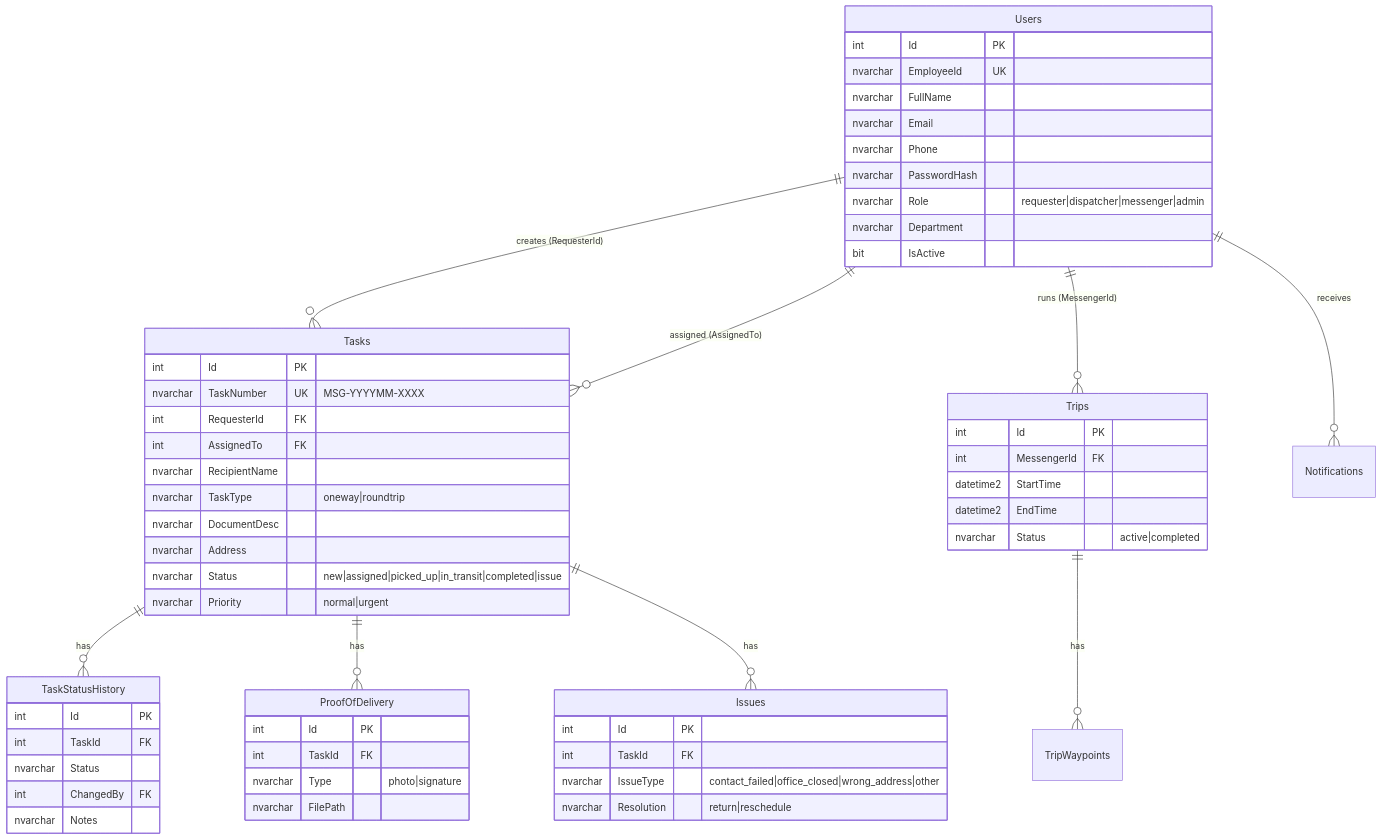
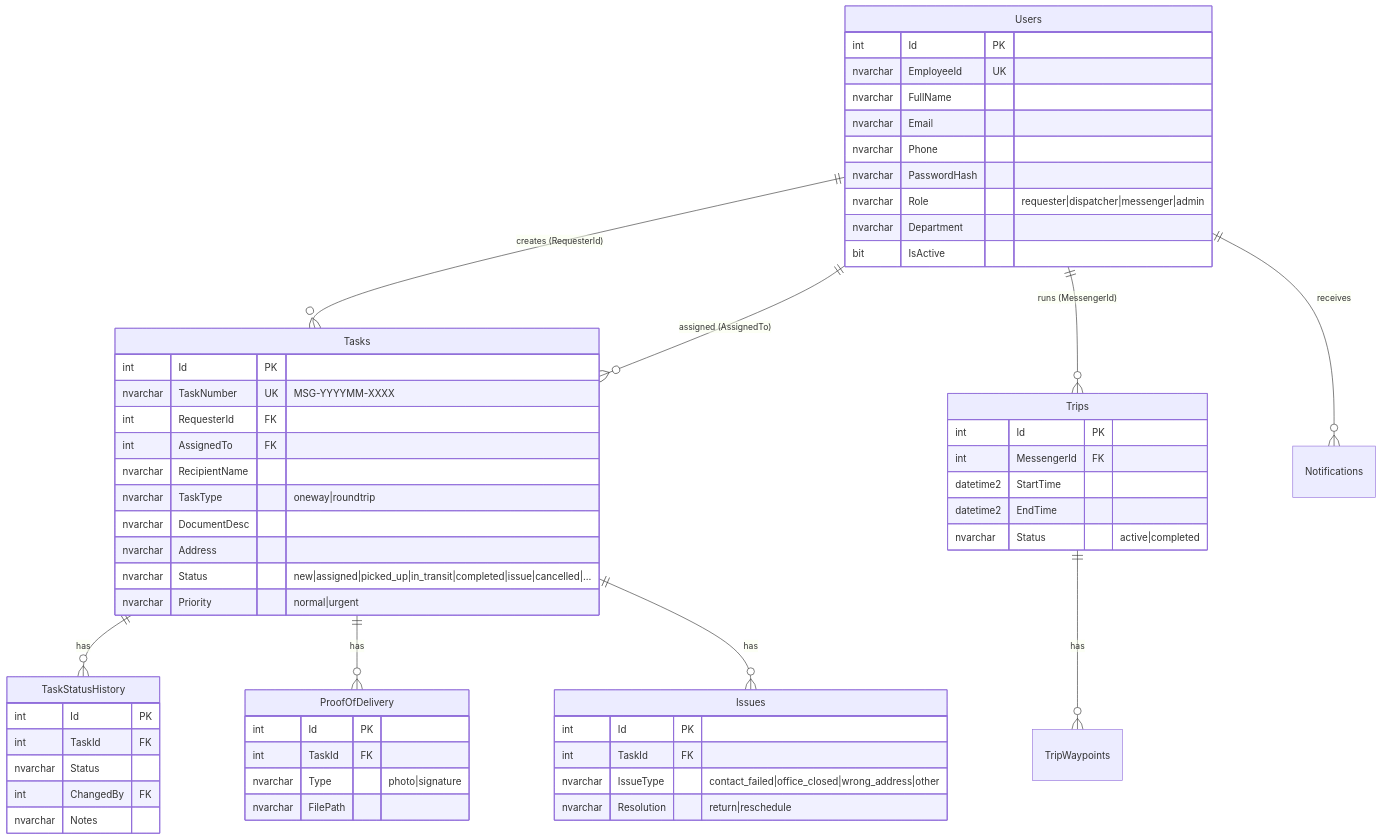
Before and after one commit to iEel/messenger: the diagram in DEVELOPER_HANDOFF.md, drawn with Mermaid. The commit also changed other lines of this file, not shown here.

````diff
--- a/DEVELOPER_HANDOFF.md
+++ b/DEVELOPER_HANDOFF.md
@@ -152,66 +159,66 @@
 ```mermaid
 erDiagram
     Users ||--o{ Tasks : "creates (RequesterId)"
     Users ||--o{ Tasks : "assigned (AssignedTo)"
     Users ||--o{ Trips : "runs (MessengerId)"
     Tasks ||--o{ TaskStatusHistory : has
     Tasks ||--o{ ProofOfDelivery : has
     Tasks ||--o{ Issues : has
     Trips ||--o{ TripWaypoints : has
     Users ||--o{ Notifications : receives
 
     Users {
         int Id PK
         nvarchar EmployeeId UK
         nvarchar FullName
         nvarchar Email
         nvarchar Phone
         nvarchar PasswordHash
         nvarchar Role "requester|dispatcher|messenger|admin"
         nvarchar Department
         bit IsActive
     }
 
     Tasks {
         int Id PK
         nvarchar TaskNumber UK "MSG-YYYYMM-XXXX"
         int RequesterId FK
         int AssignedTo FK
         nvarchar RecipientName
         nvarchar TaskType "oneway|roundtrip"
         nvarchar DocumentDesc
         nvarchar Address
-        nvarchar Status "new|assigned|picked_up|in_transit|completed|issue"
+        nvarchar Status "new|assigned|picked_up|in_transit|completed|issue|cancelled|..."
         nvarchar Priority "normal|urgent"
     }
 
     TaskStatusHistory {
         int Id PK
         int TaskId FK
         nvarchar Status
         int ChangedBy FK
         nvarchar Notes
     }
 
     ProofOfDelivery {
         int Id PK
         int TaskId FK
         nvarchar Type "photo|signature"
         nvarchar FilePath
     }
 
     Trips {
         int Id PK
         int MessengerId FK
         datetime2 StartTime
         datetime2 EndTime
         nvarchar Status "active|completed"
     }
 
     Issues {
         int Id PK
         int TaskId FK
         nvarchar IssueType "contact_failed|office_closed|wrong_address|other"
         nvarchar Resolution "return|reschedule"
     }
 ```
````
